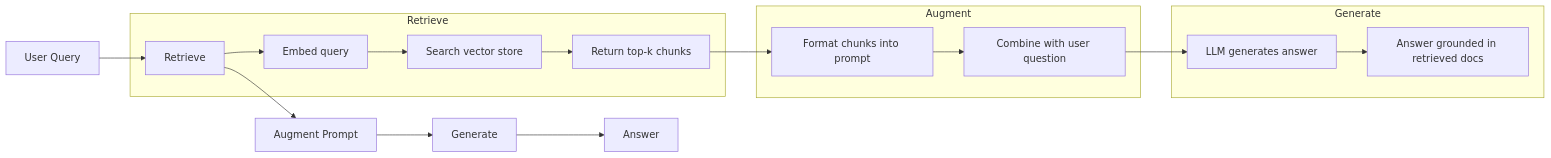
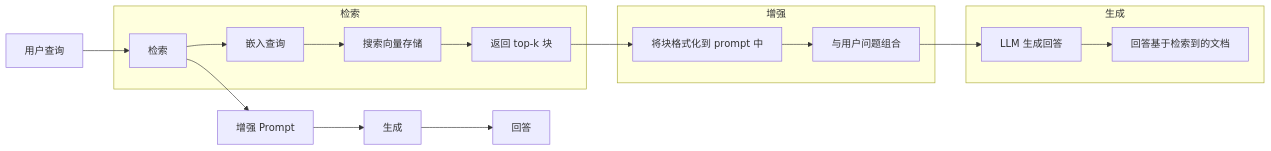
Before and after one commit to alessandrodinisio-ai/ai-engineering-learning-framework: the first of 2 diagrams in phases/11-llm-engineering/06-rag/docs/zh.md, drawn with Mermaid. The commit also changed other lines of this file and 120 other files, not shown here.

First line of the commit message:
i18n(mermaid): 337 个 mermaid 图表标签中文化

````diff
--- a/phases/11-llm-engineering/06-rag/docs/zh.md
+++ b/phases/11-llm-engineering/06-rag/docs/zh.md
@@ -32,23 +32,23 @@
 ```mermaid
 graph LR
-    Q["User Query"] --> R["Retrieve"]
-    R --> A["Augment Prompt"]
-    A --> G["Generate"]
-    G --> Ans["Answer"]
+    Q["用户查询"] --> R["检索"]
+    R --> A["增强 Prompt"]
+    A --> G["生成"]
+    G --> Ans["回答"]
 
-    subgraph "Retrieve"
-        R --> Embed["Embed query"]
-        Embed --> Search["Search vector store"]
-        Search --> TopK["Return top-k chunks"]
+    subgraph "检索"
+        R --> Embed["嵌入查询"]
+        Embed --> Search["搜索向量存储"]
+        Search --> TopK["返回 top-k 块"]
     end
 
-    subgraph "Augment"
-        TopK --> Format["Format chunks into prompt"]
-        Format --> Combine["Combine with user question"]
+    subgraph "增强"
+        TopK --> Format["将块格式化到 prompt 中"]
+        Format --> Combine["与用户问题组合"]
     end
 
-    subgraph "Generate"
-        Combine --> LLM["LLM generates answer"]
-        LLM --> Cite["Answer grounded in retrieved docs"]
+    subgraph "生成"
+        Combine --> LLM["LLM 生成回答"]
+        LLM --> Cite["回答基于检索到的文档"]
     end
 ```
````
